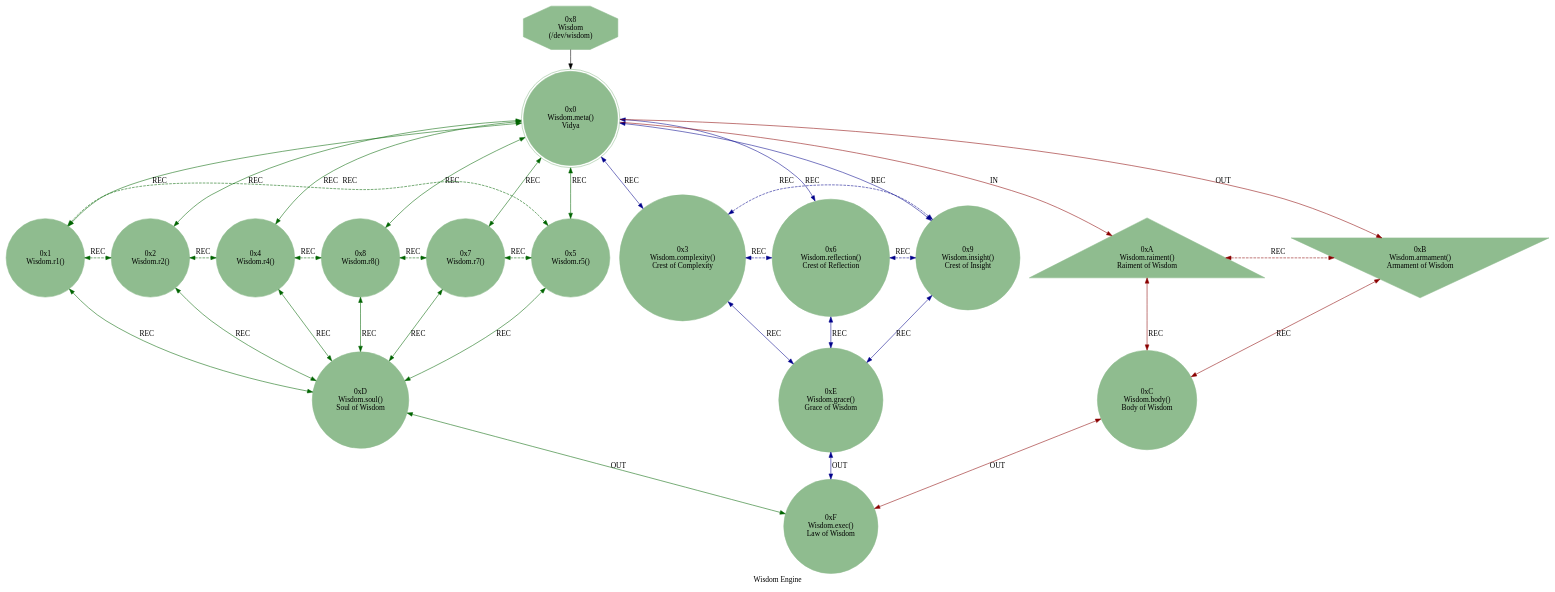
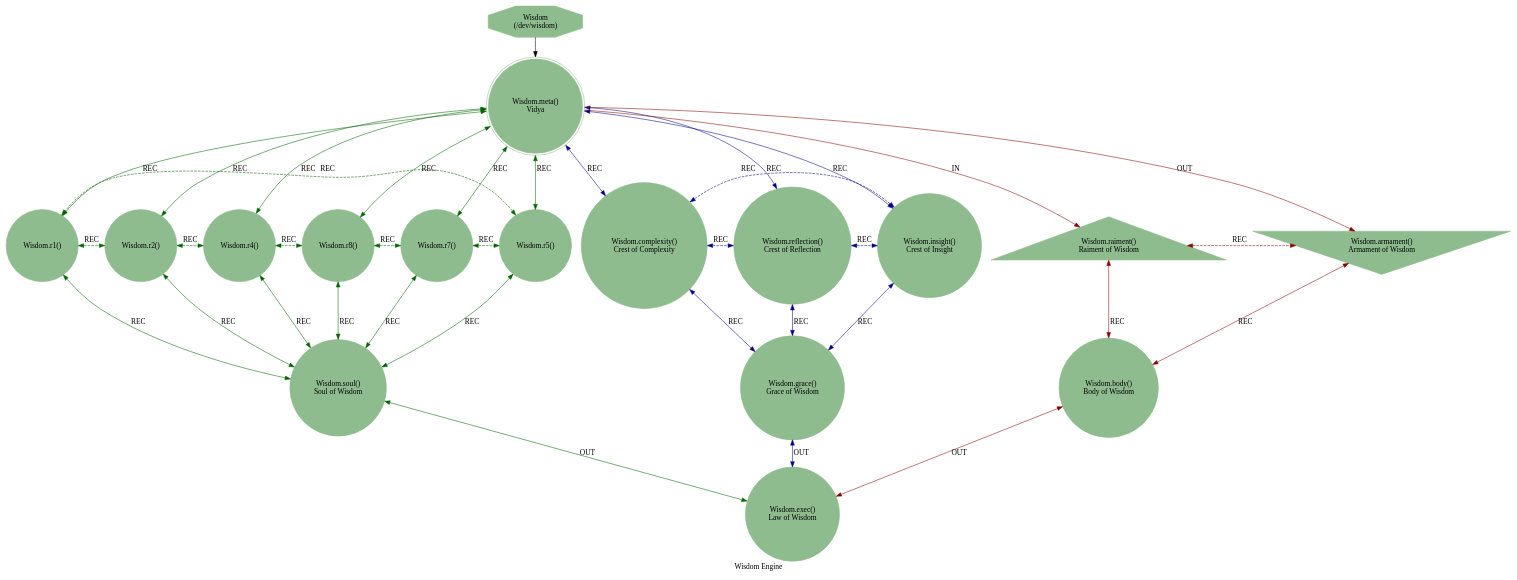
Before and after one commit to cilang/mythos: the diagram in src/core/mythos_dev_wisdom.dot, drawn with Graphviz. The commit also changed 21 other files, not shown here.

```diff
--- a/src/core/mythos_dev_wisdom.dot
+++ b/src/core/mythos_dev_wisdom.dot
@@ -1,49 +1,49 @@
 strict digraph WisdomEngine {
     label = "Wisdom Engine";
     style = filled;
     color = blue;
     comment = "";
     node [shape = polygon; sides = 8; style = filled; color = darkseagreen;];
     
-    spark_8_mythos_t [label = "0x8\nWisdom\n(/dev/wisdom)";];
+    spark_8_mythos_t [label = "Wisdom\n(/dev/wisdom)";];
     
     // r0::meta();r1,r2,r4,r8,r7,r5;r3,r6,r;ra::receive(),rb::send(),rc::dispatch(),rd::commit(),re::serve(),rf::exec()
-    spark_0_wisdom_t [label = "0x0\nWisdom.meta()\nVidya";comment = "";shape = doublecircle;];
-    spark_1_wisdom_t [label = "0x1\nWisdom.r1()\n";comment = "";shape = circle;];
-    spark_2_wisdom_t [label = "0x2\nWisdom.r2()\n";comment = "";shape = circle;];
-    spark_4_wisdom_t [label = "0x4\nWisdom.r4()\n";comment = "";shape = circle;];
-    spark_8_wisdom_t [label = "0x8\nWisdom.r8()\n";comment = "";shape = circle;];
-    spark_7_wisdom_t [label = "0x7\nWisdom.r7()\n";comment = "";shape = circle;];
-    spark_5_wisdom_t [label = "0x5\nWisdom.r5()\n";comment = "";shape = circle;];
-    spark_3_wisdom_t [label = "0x3\nWisdom.complexity()\nCrest of Complexity";comment = "";shape = circle;];
-    spark_6_wisdom_t [label = "0x6\nWisdom.reflection()\nCrest of Reflection";comment = "";shape = circle;];
-    spark_9_wisdom_t [label = "0x9\nWisdom.insight()\nCrest of Insight";comment = "";shape = circle;];
-    spark_a_wisdom_t [label = "0xA\nWisdom.raiment()\nRaiment of Wisdom";comment = "";shape = triangle;];
-    spark_b_wisdom_t [label = "0xB\nWisdom.armament()\nArmament of Wisdom";comment = "";shape = invtriangle;];
-    spark_c_wisdom_t [label = "0xC\nWisdom.body()\nBody of Wisdom";comment = "";shape = circle;];
-    spark_d_wisdom_t [label = "0xD\nWisdom.soul()\nSoul of Wisdom";comment = "";shape = circle;];
-    spark_e_wisdom_t [label = "0xE\nWisdom.grace()\nGrace of Wisdom";comment = "";shape = circle;];
-    spark_f_wisdom_t [label = "0xF\nWisdom.exec()\nLaw of Wisdom";comment = "";shape = circle;];
+    spark_0_wisdom_t [label = "Wisdom.meta()\nVidya";comment = "";shape = doublecircle;];
+    spark_1_wisdom_t [label = "Wisdom.r1()\n";comment = "";shape = circle;];
+    spark_2_wisdom_t [label = "Wisdom.r2()\n";comment = "";shape = circle;];
+    spark_4_wisdom_t [label = "Wisdom.r4()\n";comment = "";shape = circle;];
+    spark_8_wisdom_t [label = "Wisdom.r8()\n";comment = "";shape = circle;];
+    spark_7_wisdom_t [label = "Wisdom.r7()\n";comment = "";shape = circle;];
+    spark_5_wisdom_t [label = "Wisdom.r5()\n";comment = "";shape = circle;];
+    spark_3_wisdom_t [label = "Wisdom.complexity()\nCrest of Complexity";comment = "";shape = circle;];
+    spark_6_wisdom_t [label = "Wisdom.reflection()\nCrest of Reflection";comment = "";shape = circle;];
+    spark_9_wisdom_t [label = "Wisdom.insight()\nCrest of Insight";comment = "";shape = circle;];
+    spark_a_wisdom_t [label = "Wisdom.raiment()\nRaiment of Wisdom";comment = "";shape = triangle;];
+    spark_b_wisdom_t [label = "Wisdom.armament()\nArmament of Wisdom";comment = "";shape = invtriangle;];
+    spark_c_wisdom_t [label = "Wisdom.body()\nBody of Wisdom";comment = "";shape = circle;];
+    spark_d_wisdom_t [label = "Wisdom.soul()\nSoul of Wisdom";comment = "";shape = circle;];
+    spark_e_wisdom_t [label = "Wisdom.grace()\nGrace of Wisdom";comment = "";shape = circle;];
+    spark_f_wisdom_t [label = "Wisdom.exec()\nLaw of Wisdom";comment = "";shape = circle;];
     
     // Wisdom
     // IN = Input
     // OUT = Output
     // REC = Recursion
     spark_8_mythos_t -> spark_0_wisdom_t;
     spark_0_wisdom_t -> spark_a_wisdom_t [label = "IN"; color = darkred; comment = "";];
     spark_0_wisdom_t -> spark_b_wisdom_t [label = "OUT"; color = darkred; comment = "";];
     spark_0_wisdom_t -> {spark_3_wisdom_t spark_6_wisdom_t spark_9_wisdom_t} [label = "REC"; color = darkblue; comment = ""; dir = both;];
     spark_0_wisdom_t -> {spark_1_wisdom_t spark_2_wisdom_t spark_4_wisdom_t spark_8_wisdom_t spark_7_wisdom_t spark_5_wisdom_t} [label = "REC"; color = darkgreen; comment = ""; dir = both;];
     
     {spark_a_wisdom_t spark_b_wisdom_t} -> spark_c_wisdom_t [label = "REC"; color = darkred; comment = ""; dir = both;];
     {spark_1_wisdom_t spark_2_wisdom_t spark_4_wisdom_t spark_8_wisdom_t spark_7_wisdom_t spark_5_wisdom_t} -> spark_d_wisdom_t [label = "REC"; color = darkgreen; comment = ""; dir = both;];
     {spark_3_wisdom_t spark_6_wisdom_t spark_9_wisdom_t} -> spark_e_wisdom_t [label = "REC"; color = darkblue; comment = ""; dir = both;];
     
     spark_1_wisdom_t -> spark_2_wisdom_t -> spark_4_wisdom_t -> spark_8_wisdom_t -> spark_7_wisdom_t -> spark_5_wisdom_t -> spark_1_wisdom_t [label = "REC"; color = darkgreen; comment = ""; style = dashed; constraint = false; dir = both;];
     spark_3_wisdom_t -> spark_6_wisdom_t -> spark_9_wisdom_t -> spark_3_wisdom_t [label = "REC"; color = darkblue; comment = ""; style = dashed; constraint = false; dir = both;];
     spark_a_wisdom_t -> spark_b_wisdom_t [label = "REC"; color = darkred; comment = ""; constraint = false; style = dashed; dir = both;];
     
     spark_c_wisdom_t -> spark_f_wisdom_t [label = "OUT"; color = darkred; comment = ""; dir = both;];
     spark_d_wisdom_t -> spark_f_wisdom_t [label = "OUT"; color = darkgreen; comment = ""; dir = both;];
     spark_e_wisdom_t -> spark_f_wisdom_t [label = "OUT"; color = darkblue; comment = ""; dir = both;];
 }
```
